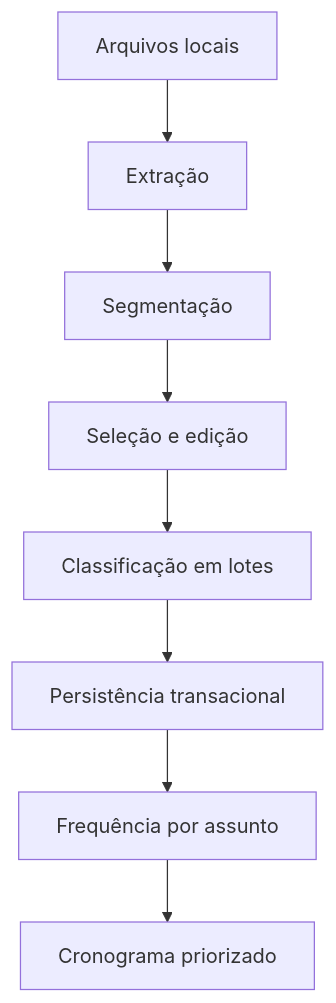
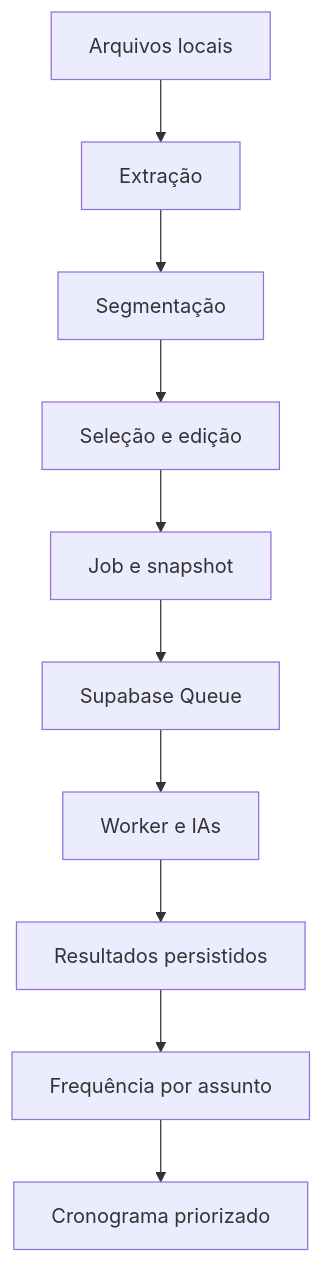
Before and after one commit to Johnny117-maker/plataforma-estudos-2: the diagram in docs/ARCHITECTURE.md, drawn with Mermaid. The commit also changed other lines of this file and 16 other files, not shown here.

````diff
--- a/docs/ARCHITECTURE.md
+++ b/docs/ARCHITECTURE.md
@@ -13,10 +14,12 @@
 ```mermaid
 flowchart TD
   A[Arquivos locais] --> B[Extração]
   B --> C[Segmentação]
   C --> D[Seleção e edição]
-  D --> E[Classificação em lotes]
-  E --> F[Persistência transacional]
-  F --> G[Frequência por assunto]
-  G --> H[Cronograma priorizado]
+  D --> E[Job e snapshot]
+  E --> F[Supabase Queue]
+  F --> G[Worker e IAs]
+  G --> H[Resultados persistidos]
+  H --> I[Frequência por assunto]
+  I --> J[Cronograma priorizado]
 ```
````
